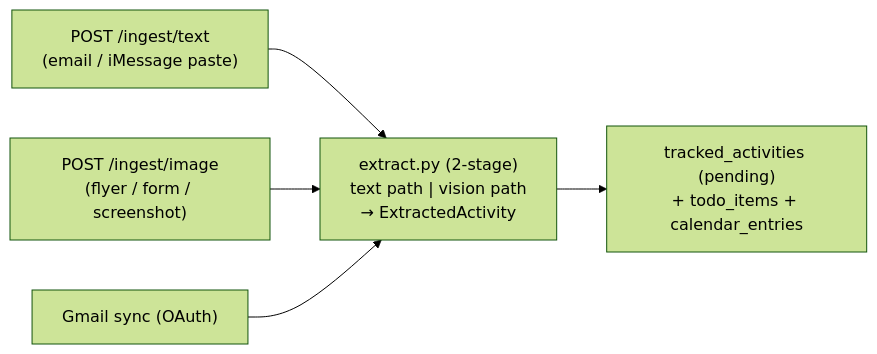
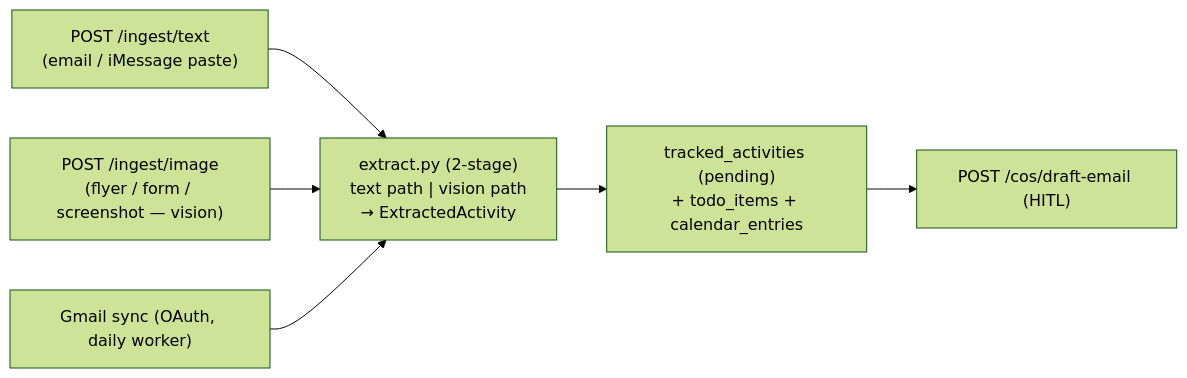
Before and after one commit to artesanobuilds/parent-app: the fifth of 6 diagrams in docs/system-architecture.md, drawn with Mermaid (forest theme). The commit also changed other lines of this file and 1 other file, not shown here.

First line of the commit message:
docs: refresh roadmap + system-architecture to shipped/deployed state

````diff
--- a/docs/system-architecture.md
+++ b/docs/system-architecture.md
@@ -189,13 +205,15 @@
 ```mermaid
 flowchart LR
     PASTE["POST /ingest/text<br/>(email / iMessage paste)"]
-    PHOTO["POST /ingest/image<br/>(flyer / form / screenshot)"]
-    GMAIL["Gmail sync (OAuth)"]
+    PHOTO["POST /ingest/image<br/>(flyer / form / screenshot — vision)"]
+    GMAIL["Gmail sync (OAuth, daily worker)"]
     EXTRACT["extract.py (2-stage)<br/>text path | vision path<br/>→ ExtractedActivity"]
     SPAWN["tracked_activities (pending)<br/>+ todo_items + calendar_entries"]
+    DRAFT["POST /cos/draft-email (HITL)"]
 
     PASTE --> EXTRACT
     PHOTO --> EXTRACT
     GMAIL --> EXTRACT
     EXTRACT --> SPAWN
+    SPAWN --> DRAFT
 ```
````
